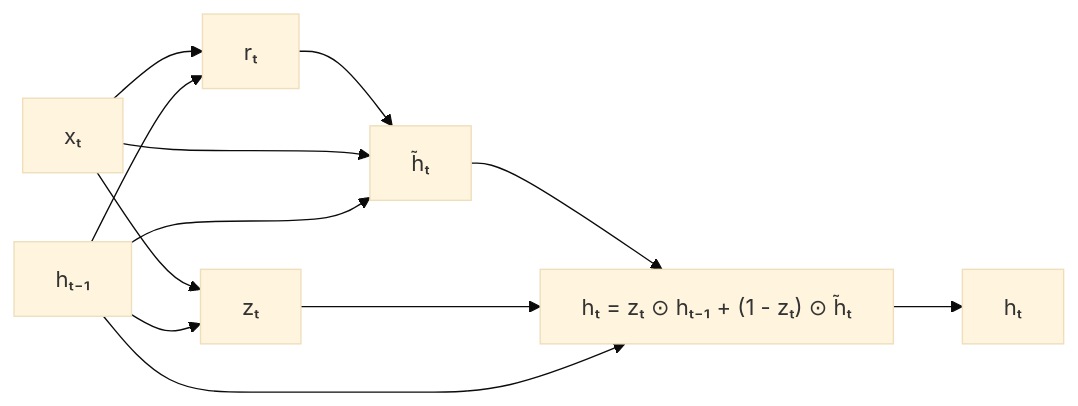
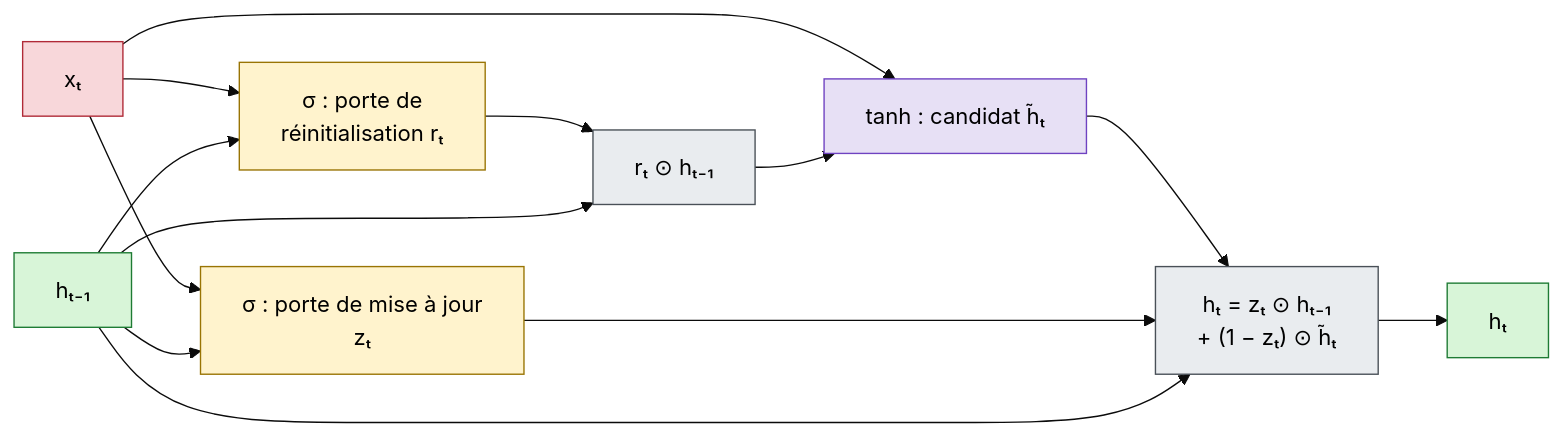
One commit to HydraaaNF/Obsidian-sciences-notes changed the diagram in Machine Learning/Unité récurrente à portes.md. Above: the diagram before and after it, drawn with Mermaid (base theme). The commit also changed other lines of this file and 7 other files, not shown here.

````diff
--- a/Machine Learning/Unité récurrente à portes.md
+++ b/Machine Learning/Unité récurrente à portes.md
@@ -33,14 +33,25 @@
 ```mermaid
 flowchart LR
-    x["xₜ"] --> r["rₜ"]
-    hp["hₜ₋₁"] --> r
-    r --> cand["h̃ₜ"]
-    x --> cand
-    hp --> cand
-    x --> z["zₜ"]
-    hp --> z
-    cand --> mix["hₜ = zₜ ⊙ hₜ₋₁ + (1 - zₜ) ⊙ h̃ₜ"]
-    z --> mix
+    x["xₜ"] --> gz["σ : porte de mise à jour<br/>zₜ"]
+    hp["hₜ₋₁"] --> gz
+    x --> gr["σ : porte de<br/>réinitialisation rₜ"]
+    hp --> gr
+    gr --> rmul["rₜ ⊙ hₜ₋₁"]
+    hp --> rmul
+    x --> cand["tanh : candidat h̃ₜ"]
+    rmul --> cand
+    cand --> mix["hₜ = zₜ ⊙ hₜ₋₁<br/>+ (1 − zₜ) ⊙ h̃ₜ"]
+    gz --> mix
     hp --> mix
     mix --> h["hₜ"]
+    classDef entree fill:#f8d7da,stroke:#b02a37,color:#000
+    classDef memoire fill:#d8f5d8,stroke:#1e7b34,color:#000
+    classDef porte fill:#fff3cd,stroke:#997404,color:#000
+    classDef contenu fill:#e7e0f5,stroke:#6f42c1,color:#000
+    classDef op fill:#e9ecef,stroke:#495057,color:#000
+    class x entree
+    class hp,h memoire
+    class gz,gr porte
+    class cand contenu
+    class rmul,mix op
 ```
````
